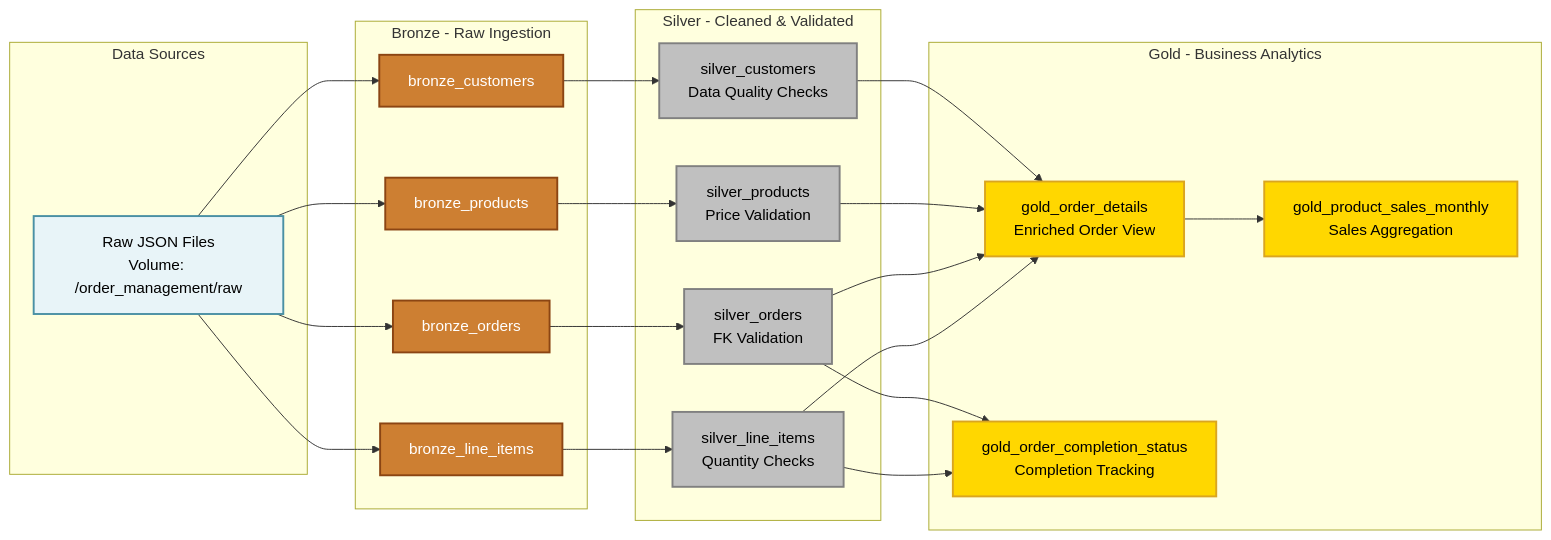
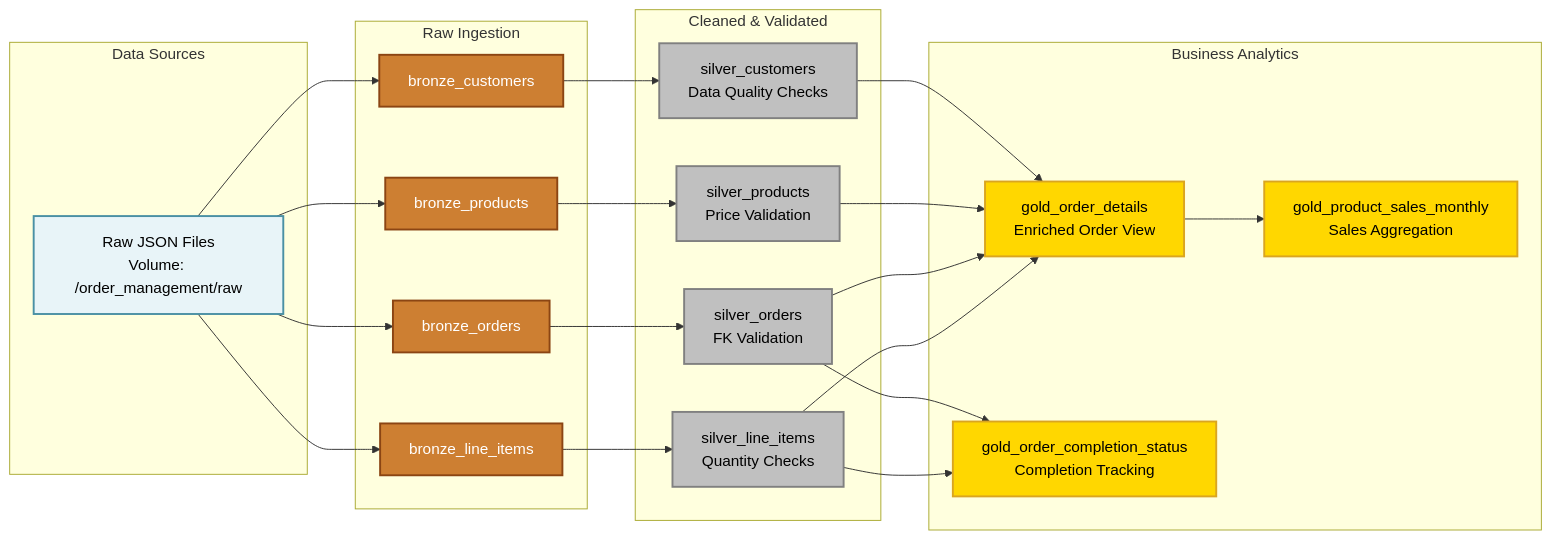
The second of 2 diagrams in entity-relationship-diagram.md (hugogiacomini/dbx-capstone-project), drawn with Mermaid before and after one commit.

````diff
--- a/entity-relationship-diagram.md
+++ b/entity-relationship-diagram.md
@@ -48,55 +48,55 @@
 ```mermaid
 graph LR
     subgraph "Data Sources"
         A[Raw JSON Files<br/>Volume: /order_management/raw]
     end
 
-    subgraph "Bronze - Raw Ingestion"
+    subgraph "Raw Ingestion"
         B1[bronze_customers]
         B2[bronze_products]
         B3[bronze_orders]
         B4[bronze_line_items]
     end
 
-    subgraph "Silver - Cleaned & Validated"
+    subgraph "Cleaned & Validated"
         C1[silver_customers<br/>Data Quality Checks]
         C2[silver_products<br/>Price Validation]
         C3[silver_orders<br/>FK Validation]
         C4[silver_line_items<br/>Quantity Checks]
     end
 
-    subgraph "Gold - Business Analytics"
+    subgraph "Business Analytics"
         D1[gold_order_details<br/>Enriched Order View]
         D2[gold_product_sales_monthly<br/>Sales Aggregation]
         D3[gold_order_completion_status<br/>Completion Tracking]
     end
 
     A --> B1
     A --> B2
     A --> B3
     A --> B4
 
     B1 --> C1
     B2 --> C2
     B3 --> C3
     B4 --> C4
 
     C1 --> D1
     C2 --> D1
     C3 --> D1
     C4 --> D1
 
     D1 --> D2
     C3 --> D3
     C4 --> D3
 
     classDef bronzeStyle fill:#CD7F32,stroke:#8B4513,stroke-width:2px,color:#fff
     classDef silverStyle fill:#C0C0C0,stroke:#808080,stroke-width:2px,color:#000
     classDef goldStyle fill:#FFD700,stroke:#DAA520,stroke-width:2px,color:#000
     classDef sourceStyle fill:#E8F4F8,stroke:#4A90A4,stroke-width:2px,color:#000
 
     class B1,B2,B3,B4 bronzeStyle
     class C1,C2,C3,C4 silverStyle
     class D1,D2,D3 goldStyle
     class A sourceStyle
 ```
````
